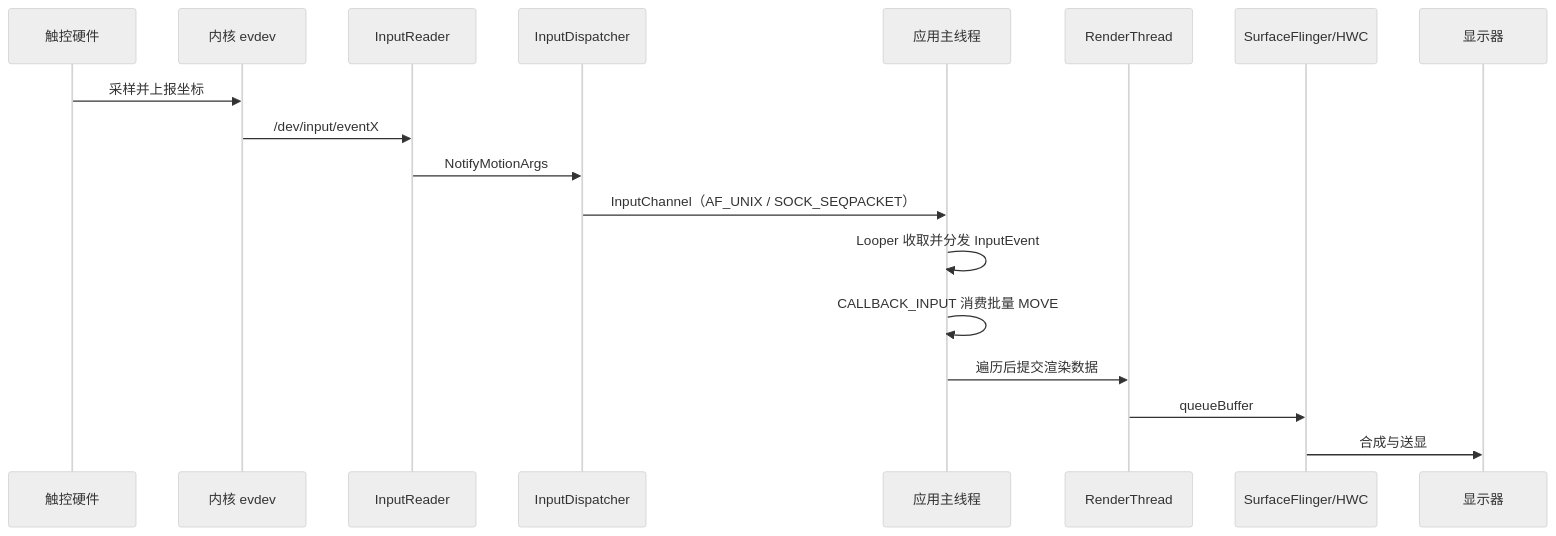
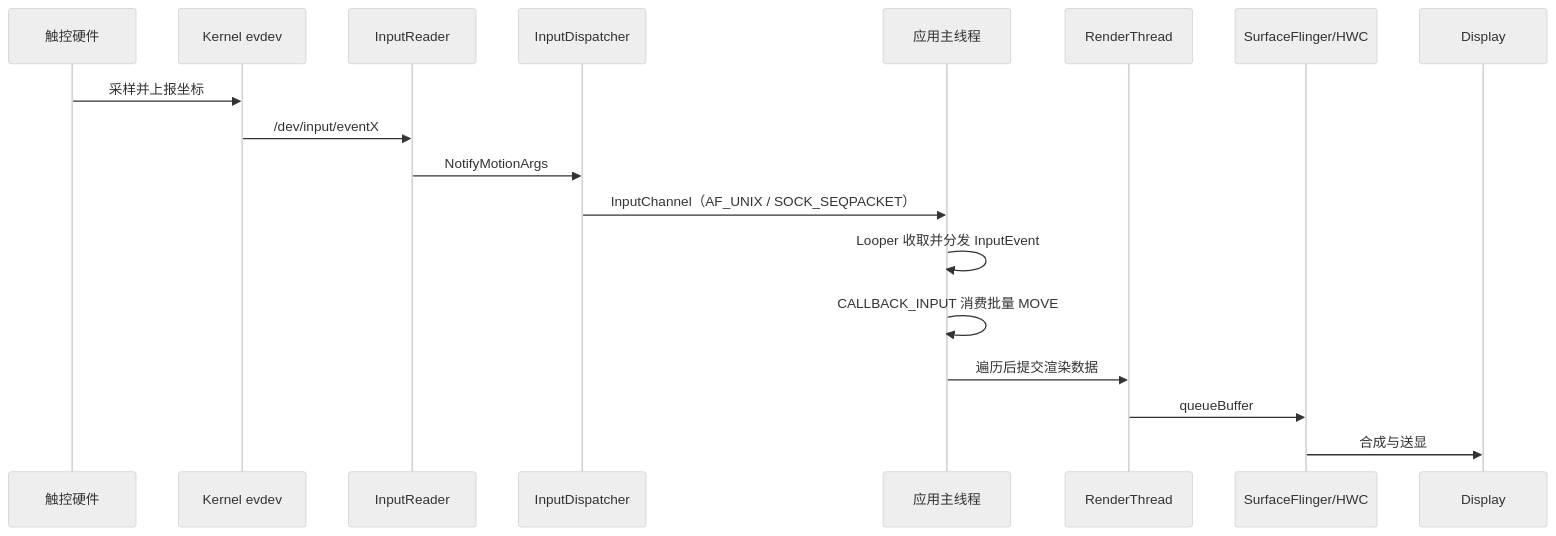
Before and after one commit to Gracker/android-internals-wiki: the first of 2 diagrams in src/part1-fundamentals/ch03-input/04-input-latency-prediction.md, drawn with Mermaid (neutral theme). The commit also changed other lines of this file and 3 other files, not shown here.

````diff
--- a/src/part1-fundamentals/ch03-input/04-input-latency-prediction.md
+++ b/src/part1-fundamentals/ch03-input/04-input-latency-prediction.md
@@ -93,21 +93,21 @@
 ```mermaid
 sequenceDiagram
     participant Touch as 触控硬件
-    participant Kernel as 内核 evdev
+    participant Kernel as Kernel evdev
     participant Reader as InputReader
     participant Dispatcher as InputDispatcher
     participant App as 应用主线程
     participant RT as RenderThread
     participant SF as SurfaceFlinger/HWC
-    participant Display as 显示器
+    participant Display as Display
 
     Touch->>Kernel: 采样并上报坐标
     Kernel->>Reader: /dev/input/eventX
     Reader->>Dispatcher: NotifyMotionArgs
     Dispatcher->>App: InputChannel（AF_UNIX / SOCK_SEQPACKET）
     App->>App: Looper 收取并分发 InputEvent
     App->>App: CALLBACK_INPUT 消费批量 MOVE
     App->>RT: 遍历后提交渲染数据
     RT->>SF: queueBuffer
     SF->>Display: 合成与送显
 ```
````
